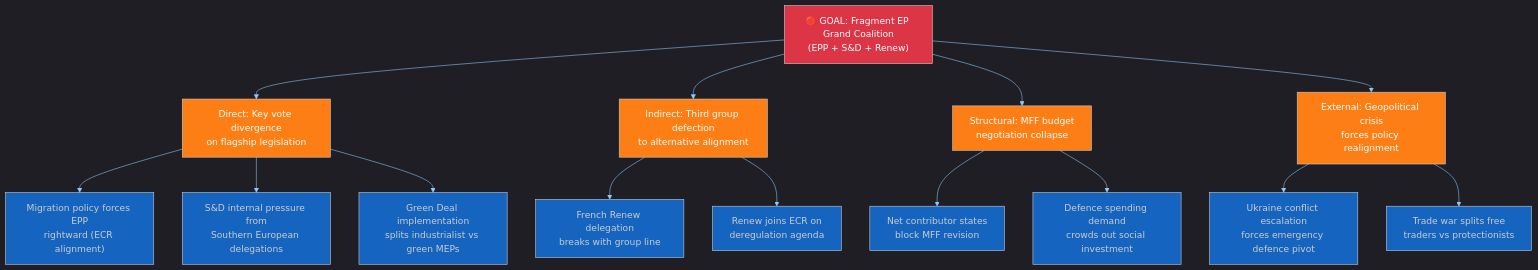
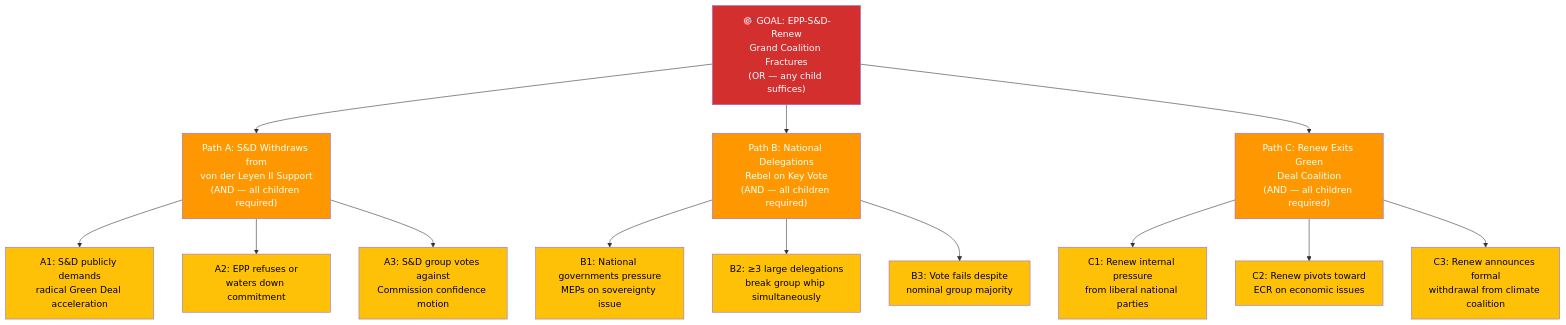
Before and after one commit to Hack23/euparliamentmonitor: the third of 8 diagrams in analysis/methodologies/political-threat-framework.md, drawn with Mermaid. The commit also changed other lines of this file and 49 other files, not shown here.

````diff
--- a/analysis/methodologies/political-threat-framework.md
+++ b/analysis/methodologies/political-threat-framework.md
@@ -203,29 +296,33 @@
 ```mermaid
-%%{init: {"theme":"dark","themeVariables":{"primaryColor":"#1565C0","primaryTextColor":"#ffffff","primaryBorderColor":"#0A3F7F","lineColor":"#90CAF9","secondaryColor":"#2E7D32","secondaryTextColor":"#ffffff","secondaryBorderColor":"#0F3F00","tertiaryColor":"#FF9800","tertiaryTextColor":"#000000","tertiaryBorderColor":"#7F4F00","mainBkg":"#1565C0","secondBkg":"#2E7D32","tertiaryBkg":"#FF9800","noteBkgColor":"#FFC107","noteTextColor":"#000000","noteBorderColor":"#7F6000","errorBkgColor":"#D32F2F","errorTextColor":"#ffffff","fontFamily":"Inter, Helvetica, Arial, sans-serif","pie1":"#1565C0","pie2":"#2E7D32","pie3":"#FF9800","pie4":"#D32F2F","pie5":"#FFC107","pie6":"#7B1FA2","pie7":"#9E9E9E","pie8":"#0288D1","pie9":"#388E3C","pie10":"#F57C00","pie11":"#C62828","pie12":"#FBC02D","pieTitleTextSize":"18px","pieSectionTextSize":"14px","pieLegendTextSize":"13px","pieStrokeColor":"#1e1e1e","pieOuterStrokeColor":"#1e1e1e","git0":"#1565C0","git1":"#2E7D32","git2":"#FF9800","git3":"#D32F2F","gitBranchLabel0":"#ffffff","gitBranchLabel1":"#ffffff","gitBranchLabel2":"#000000","gitBranchLabel3":"#ffffff","cScale0":"#1565C0","cScale1":"#2E7D32","cScale2":"#FF9800","cScale3":"#D32F2F","cScale4":"#FFC107","cScale5":"#7B1FA2","cScale6":"#9E9E9E","cScale7":"#0288D1","xyChart":{"backgroundColor":"#1e1e1e","plotColorPalette":"#1565C0,#2E7D32,#FF9800,#D32F2F,#FFC107,#7B1FA2,#9E9E9E"}}}}%%
 graph TD
-    Root["🔴 GOAL: Fragment EP Grand Coalition<br/>(EPP + S&D + Renew)"]
+    ROOT["🎯 GOAL: EPP-S&D-Renew<br/>Grand Coalition Fractures<br/>(OR — any child suffices)"]
+    ROOT --> A["Path A: S&D Withdraws from<br/>von der Leyen II Support<br/>(AND — all children required)"]
+    ROOT --> B["Path B: National Delegations<br/>Rebel on Key Vote<br/>(AND — all children required)"]
+    ROOT --> C["Path C: Renew Exits Green<br/>Deal Coalition<br/>(AND — all children required)"]
 
-    Root --> A["Direct: Key vote divergence<br/>on flagship legislation"]
-    Root --> B["Indirect: Third group defection<br/>to alternative alignment"]
-    Root --> C["Structural: MFF budget<br/>negotiation collapse"]
-    Root --> D["External: Geopolitical crisis<br/>forces policy realignment"]
+    A --> A1["A1: S&D publicly demands<br/>radical Green Deal acceleration"]
+    A --> A2["A2: EPP refuses or<br/>waters down commitment"]
+    A --> A3["A3: S&D group votes against<br/>Commission confidence motion"]
 
-    A --> A1["Migration policy forces EPP<br/>rightward (ECR alignment)"]
-    A --> A2["S&D internal pressure from<br/>Southern European delegations"]
-    A --> A3["Green Deal implementation<br/>splits industrialist vs green MEPs"]
+    B --> B1["B1: National governments pressure<br/>MEPs on sovereignty issue"]
+    B --> B2["B2: ≥3 large delegations<br/>break group whip simultaneously"]
+    B --> B3["B3: Vote fails despite<br/>nominal group majority"]
 
-    B --> B1["French Renew delegation<br/>breaks with group line"]
-    B --> B2["Renew joins ECR on<br/>deregulation agenda"]
+    C --> C1["C1: Renew internal pressure<br/>from liberal national parties"]
+    C --> C2["C2: Renew pivots toward<br/>ECR on economic issues"]
+    C --> C3["C3: Renew announces formal<br/>withdrawal from climate coalition"]
 
-    C --> C1["Net contributor states<br/>block MFF revision"]
-    C --> C2["Defence spending demand<br/>crowds out social investment"]
-
-    D --> D1["Ukraine conflict escalation<br/>forces emergency defence pivot"]
-    D --> D2["Trade war splits free<br/>traders vs protectionists"]
-
-    style Root fill:#dc3545,color:#fff
-    style A fill:#fd7e14,color:#fff
-    style B fill:#fd7e14,color:#fff
-    style C fill:#fd7e14,color:#fff
-    style D fill:#fd7e14,color:#fff
+    style ROOT fill:#D32F2F,color:#FFFFFF
+    style A fill:#FF9800,color:#FFFFFF
+    style B fill:#FF9800,color:#FFFFFF
+    style C fill:#FF9800,color:#FFFFFF
+    style A1 fill:#FFC107,color:#000000
+    style A2 fill:#FFC107,color:#000000
+    style A3 fill:#FFC107,color:#000000
+    style B1 fill:#FFC107,color:#000000
+    style B2 fill:#FFC107,color:#000000
+    style B3 fill:#FFC107,color:#000000
+    style C1 fill:#FFC107,color:#000000
+    style C2 fill:#FFC107,color:#000000
+    style C3 fill:#FFC107,color:#000000
 ```
````
